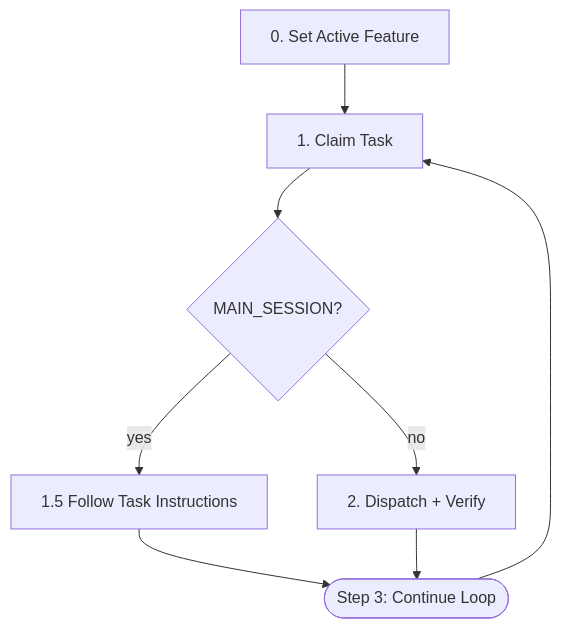
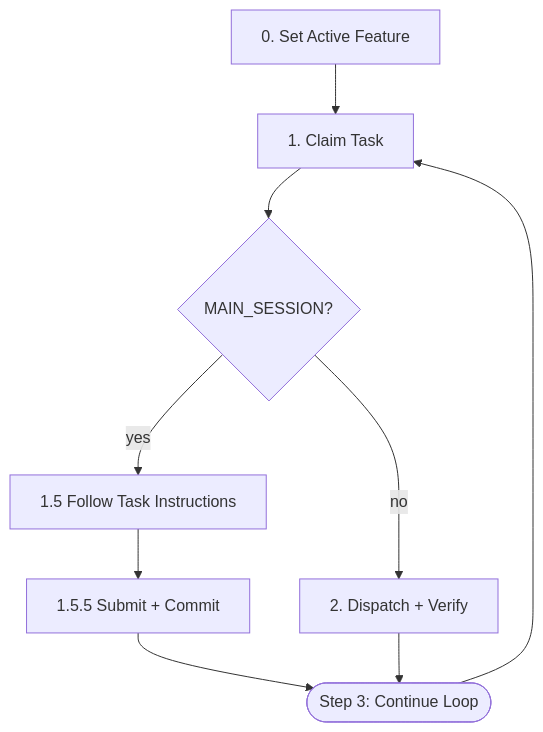
The diagram in plugins/forge/commands/run-tasks.md (bigfaner/forge), drawn with Mermaid before and after one commit. The commit also changed other lines of this file and 2 other files, not shown here.

First line of the commit message:
docs(commands): add submit-task + git-commit to run-tasks MAIN_SESSION path

````diff
--- a/plugins/forge/commands/run-tasks.md
+++ b/plugins/forge/commands/run-tasks.md
@@ -13,10 +13,11 @@
 ```mermaid
 flowchart TD
     S0["0. Set Active Feature"] --> A["1. Claim Task"]
     A --> B{"MAIN_SESSION?"}
     B -->|"yes"| C["1.5 Follow Task Instructions"]
-    C --> LOOP(["Step 3: Continue Loop"])
+    C --> SUB["1.5.5 Submit + Commit"]
+    SUB --> LOOP(["Step 3: Continue Loop"])
     B -->|"no"| D["2. Dispatch + Verify"]
     D --> LOOP
     LOOP --> A
 ```
````
